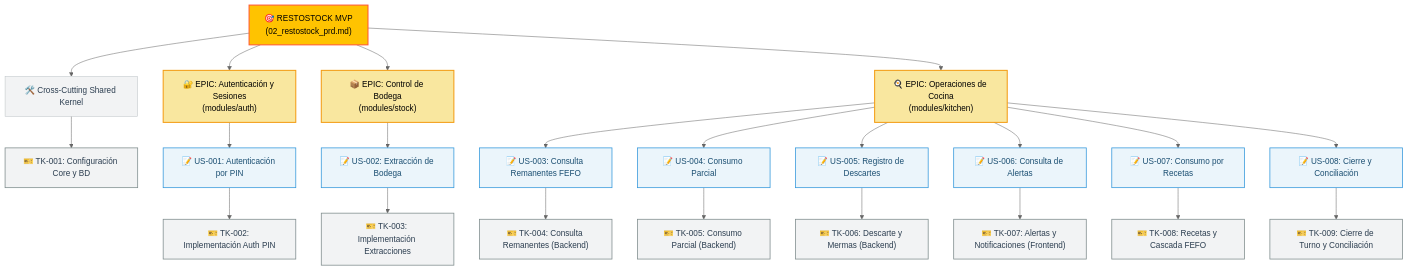
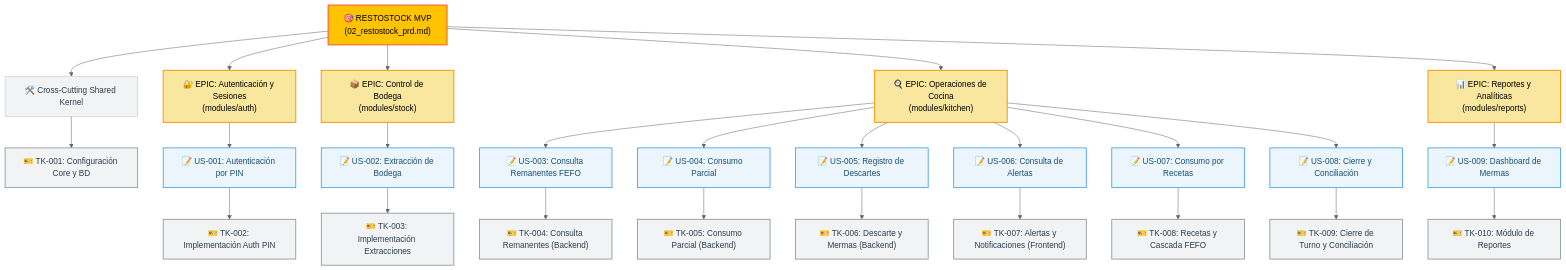
The diagram in docs/backlog_map.md (LIDR-academy/AI4Devs-finalproject), drawn with Mermaid (neutral theme) before and after one commit. The commit also changed other lines of this file and 10 other files, not shown here.

````diff
--- a/docs/backlog_map.md
+++ b/docs/backlog_map.md
@@ -9,74 +9,82 @@
 ```mermaid
 graph TD
     %% Nodos Principales (Roadmap & Epics)
     Roadmap["🎯 RESTOSTOCK MVP<br/>(02_restostock_prd.md)"]
     
     EpicAuth["🔐 EPIC: Autenticación y Sesiones<br/>(modules/auth)"]
     EpicStock["📦 EPIC: Control de Bodega<br/>(modules/stock)"]
     EpicKitchen["🍳 EPIC: Operaciones de Cocina<br/>(modules/kitchen)"]
+    EpicReports["📊 EPIC: Reportes y Analíticas<br/>(modules/reports)"]
     EpicShared["🛠️ Cross-Cutting Shared Kernel"]
 
     %% Relaciones de Roadmap a Epics
     Roadmap --> EpicAuth
     Roadmap --> EpicStock
     Roadmap --> EpicKitchen
+    Roadmap --> EpicReports
     Roadmap --> EpicShared
 
     %% Habilitador Técnico Base
     TK001["🎫 TK-001: Configuración Core y BD"]
     EpicShared --> TK001
 
     %% Epic Auth -> US -> TK
     US001["📝 US-001: Autenticación por PIN"]
     TK002["🎫 TK-002: Implementación Auth PIN"]
     EpicAuth --> US001
     US001 --> TK002
 
     %% Epic Stock -> US -> TK
     US002["📝 US-002: Extracción de Bodega"]
     TK003["🎫 TK-003: Implementación Extracciones"]
     EpicStock --> US002
     US002 --> TK003
 
     %% Epic Kitchen -> US -> TK
     US003["📝 US-003: Consulta Remanentes FEFO"]
     US004["📝 US-004: Consumo Parcial"]
     US005["📝 US-005: Registro de Descartes"]
     US006["📝 US-006: Consulta de Alertas"]
     US007["📝 US-007: Consumo por Recetas"]
     US008["📝 US-008: Cierre y Conciliación"]
 
     TK004["🎫 TK-004: Consulta Remanentes (Backend)"]
     TK005["🎫 TK-005: Consumo Parcial (Backend)"]
     TK006["🎫 TK-006: Descarte y Mermas (Backend)"]
     TK007["🎫 TK-007: Alertas y Notificaciones (Frontend)"]
     TK008["🎫 TK-008: Recetas y Cascada FEFO"]
     TK009["🎫 TK-009: Cierre de Turno y Conciliación"]
 
     EpicKitchen --> US003
     EpicKitchen --> US004
     EpicKitchen --> US005
     EpicKitchen --> US006
     EpicKitchen --> US007
     EpicKitchen --> US008
 
     US003 --> TK004
     US004 --> TK005
     US005 --> TK006
     US006 --> TK007
     US007 --> TK008
     US008 --> TK009
 
+    %% Epic Reports -> US -> TK
+    US009["📝 US-009: Dashboard de Mermas"]
+    TK010["🎫 TK-010: Módulo de Reportes"]
+    EpicReports --> US009
+    US009 --> TK010
+
 
     %% Estilos de Diseño
     classDef default fill:#F2F3F4,stroke:#BDC3C7,stroke-width:1px,color:#2C3E50;
     classDef roadmap fill:#FFC300,stroke:#FF5733,stroke-width:2px,color:#000;
     classDef epic fill:#F9E79F,stroke:#F39C12,stroke-width:2px,color:#000;
     classDef us fill:#EBF5FB,stroke:#3498DB,stroke-width:1.5px,color:#1B4F72;
     classDef tk fill:#F2F3F4,stroke:#7F8C8D,stroke-width:1.5px,color:#2C3E50;
 
     class Roadmap roadmap;
-    class EpicAuth,EpicStock,EpicKitchen epic;
-    class US001,US002,US003,US004,US005,US006,US007,US008 us;
-    class TK001,TK002,TK003,TK004,TK005,TK006,TK007,TK008,TK009 tk;
+    class EpicAuth,EpicStock,EpicKitchen,EpicReports epic;
+    class US001,US002,US003,US004,US005,US006,US007,US008,US009 us;
+    class TK001,TK002,TK003,TK004,TK005,TK006,TK007,TK008,TK009,TK010 tk;
 ```
````
